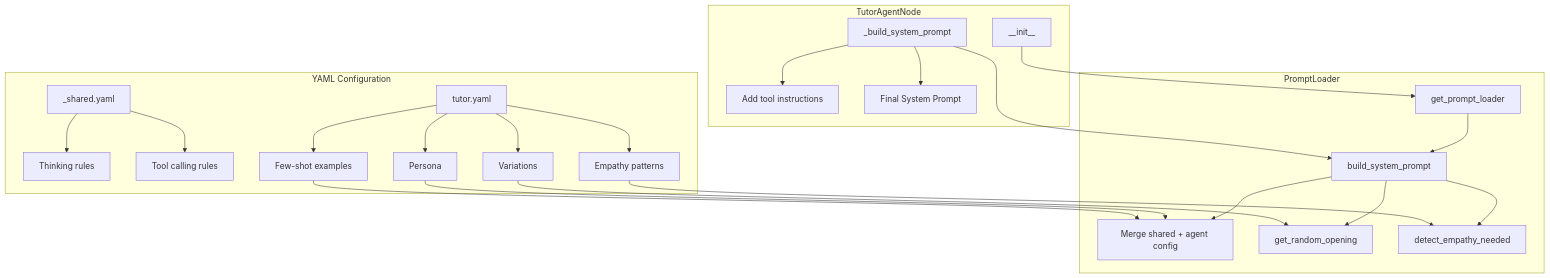
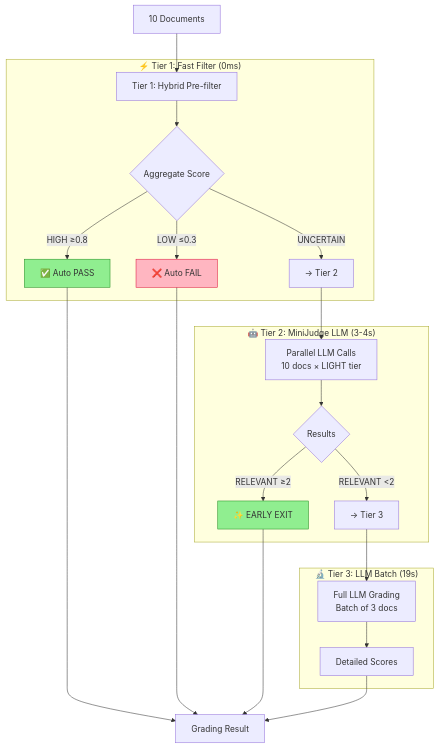
Before and after one commit to meiiie/LMS_AI: the sixth of 6 diagrams in docs/architecture/SYSTEM_FLOW.md, drawn with Mermaid. The commit also changed other lines of this file and 14 other files, not shown here.

````diff
--- a/docs/architecture/SYSTEM_FLOW.md
+++ b/docs/architecture/SYSTEM_FLOW.md
@@ -174,30 +275,32 @@
 ```mermaid
-flowchart TD
-    subgraph Config["YAML Configuration"]
-        A[_shared.yaml] --> B[Thinking rules]
-        A --> C[Tool calling rules]
-        D[tutor.yaml] --> E[Persona]
-        D --> F[Variations]
-        D --> G[Empathy patterns]
-        D --> H[Few-shot examples]
+flowchart TB
+    A[10 Documents] --> B[Tier 1: Hybrid Pre-filter]
+    
+    subgraph Tier1["⚡ Tier 1: Fast Filter (0ms)"]
+        B --> C{Aggregate Score}
+        C --> |HIGH ≥0.8| D[✅ Auto PASS]
+        C --> |LOW ≤0.3| E[❌ Auto FAIL]
+        C --> |UNCERTAIN| F[→ Tier 2]
     end
     
-    subgraph Loader["PromptLoader"]
-        I[get_prompt_loader] --> J[build_system_prompt]
-        J --> K[Merge shared + agent config]
-        J --> L[get_random_opening]
-        J --> M[detect_empathy_needed]
+    subgraph Tier2["🤖 Tier 2: MiniJudge LLM (3-4s)"]
+        F --> G[Parallel LLM Calls<br/>10 docs × LIGHT tier]
+        G --> H{Results}
+        H --> |RELEVANT ≥2| I[✨ EARLY EXIT]
+        H --> |RELEVANT <2| J[→ Tier 3]
     end
     
-    subgraph Agent["TutorAgentNode"]
-        N[__init__] --> I
-        O[_build_system_prompt] --> J
-        O --> P[Add tool instructions]
-        O --> Q[Final System Prompt]
+    subgraph Tier3["🔬 Tier 3: LLM Batch (19s)"]
+        J --> K[Full LLM Grading<br/>Batch of 3 docs]
+        K --> L[Detailed Scores]
     end
     
-    E --> K
-    F --> L
-    G --> M
-    H --> K
+    D --> M[Grading Result]
+    E --> M
+    I --> M
+    L --> M
+    
+    style I fill:#90EE90,stroke:#228B22
+    style D fill:#90EE90,stroke:#228B22
+    style E fill:#FFB6C1,stroke:#DC143C
 ```
````
